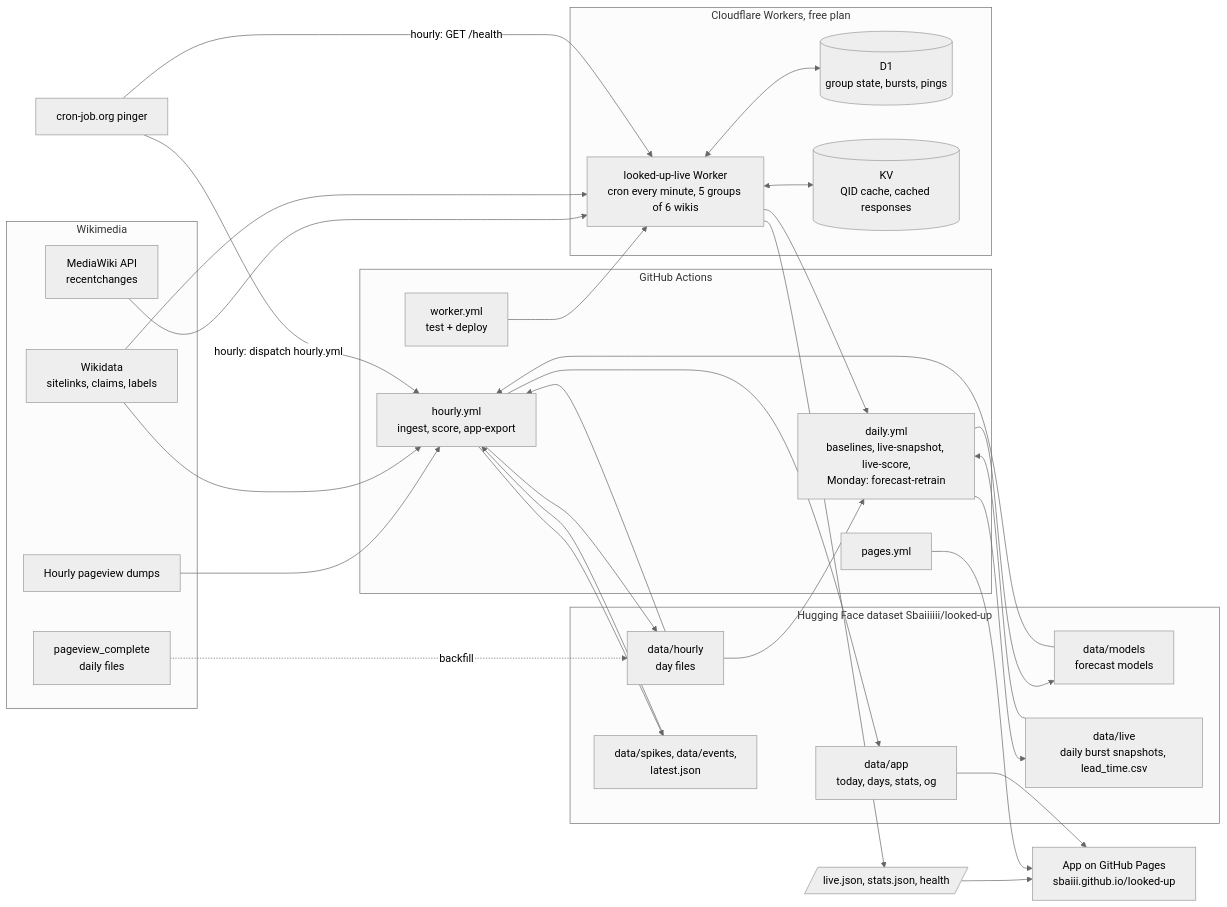
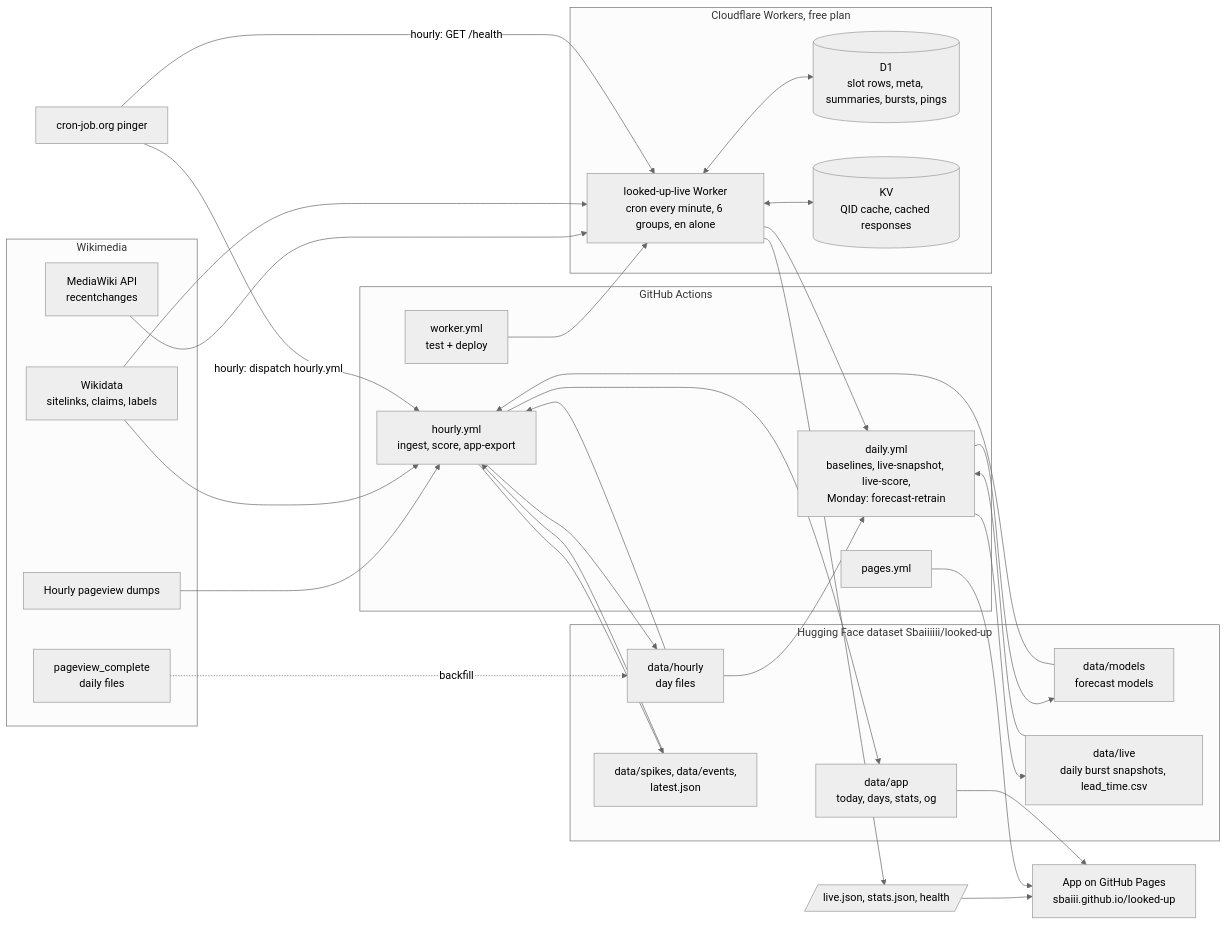
Before and after one commit to Sbaiii/looked-up: the diagram in docs/ops.md, drawn with Mermaid (neutral theme). The commit also changed other lines of this file, not shown here.

Commit message:
docs(ops): note the live Worker's CPU limitation and the six-group layout

````diff
--- a/docs/ops.md
+++ b/docs/ops.md
@@ -7,54 +7,54 @@
 ```mermaid
 flowchart LR
   subgraph Wikimedia
     D[Hourly pageview dumps]
     PC[pageview_complete<br/>daily files]
     WD[Wikidata<br/>sitelinks, claims, labels]
     RC[MediaWiki API<br/>recentchanges]
   end
 
   subgraph GH[GitHub Actions]
     H[hourly.yml<br/>ingest, score, app-export]
     DY[daily.yml<br/>baselines, live-snapshot, live-score,<br/>Monday: forecast-retrain]
     PG[pages.yml]
     WY[worker.yml<br/>test + deploy]
   end
 
   subgraph Lake[Hugging Face dataset Sbaiiiiii/looked-up]
     HR[data/hourly<br/>day files]
     SP[data/spikes, data/events,<br/>latest.json]
     AP[data/app<br/>today, days, stats, og]
     MD[data/models<br/>forecast models]
     LV[data/live<br/>daily burst snapshots, lead_time.csv]
   end
 
   subgraph CF[Cloudflare Workers, free plan]
-    W[looked-up-live Worker<br/>cron every minute, 5 groups of 6 wikis]
-    DB[(D1<br/>group state, bursts, pings)]
+    W[looked-up-live Worker<br/>cron every minute, 6 groups, en alone]
+    DB[(D1<br/>slot rows, meta, summaries, bursts, pings)]
     KV[(KV<br/>QID cache, cached responses)]
   end
 
   APP[App on GitHub Pages<br/>sbaiii.github.io/looked-up]
   PING[cron-job.org pinger]
 
   D --> H --> HR
   PC -.backfill.-> HR
   HR --> H --> SP
   WD --> H
   SP --> H --> AP
   MD --> H
   HR --> DY --> MD
   RC --> W
   WD --> W
   W <--> DB
   W <--> KV
   W --> LJ[/live.json, stats.json, health/]
   W --> DY --> LV
   LV --> DY
   AP --> APP
   LJ --> APP
   PG --> APP
   WY --> W
   PING -->|hourly: dispatch hourly.yml| H
   PING -->|hourly: GET /health| W
 ```
````
